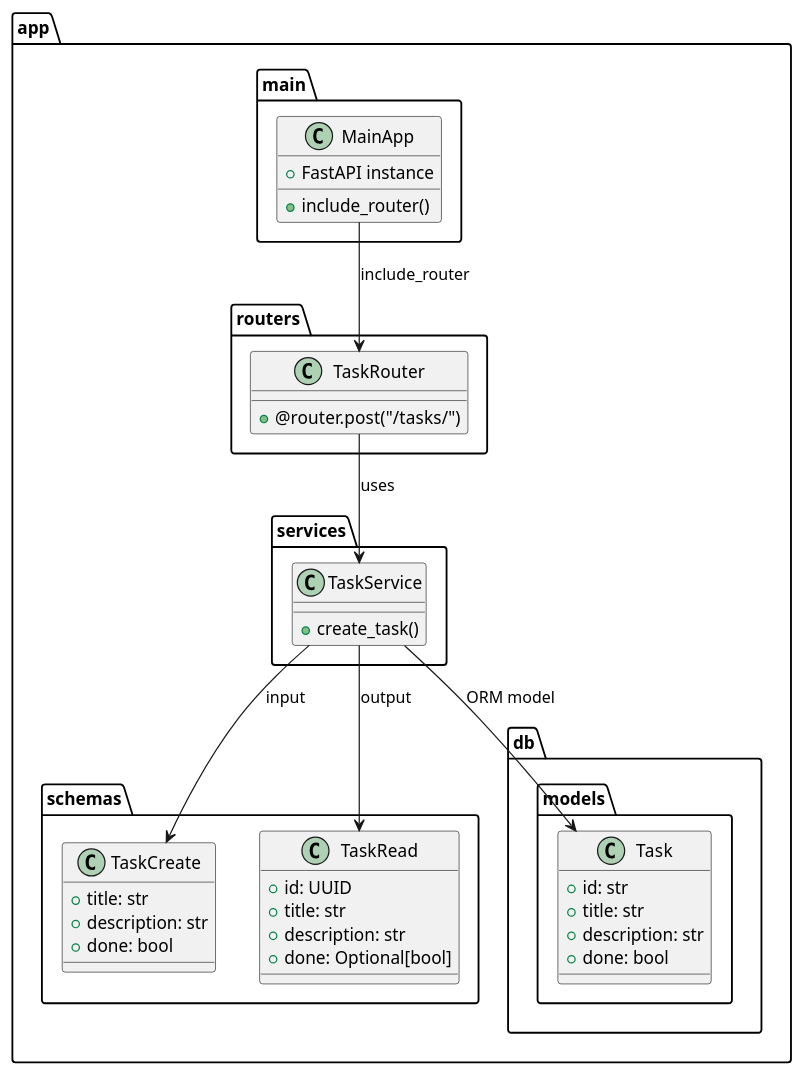
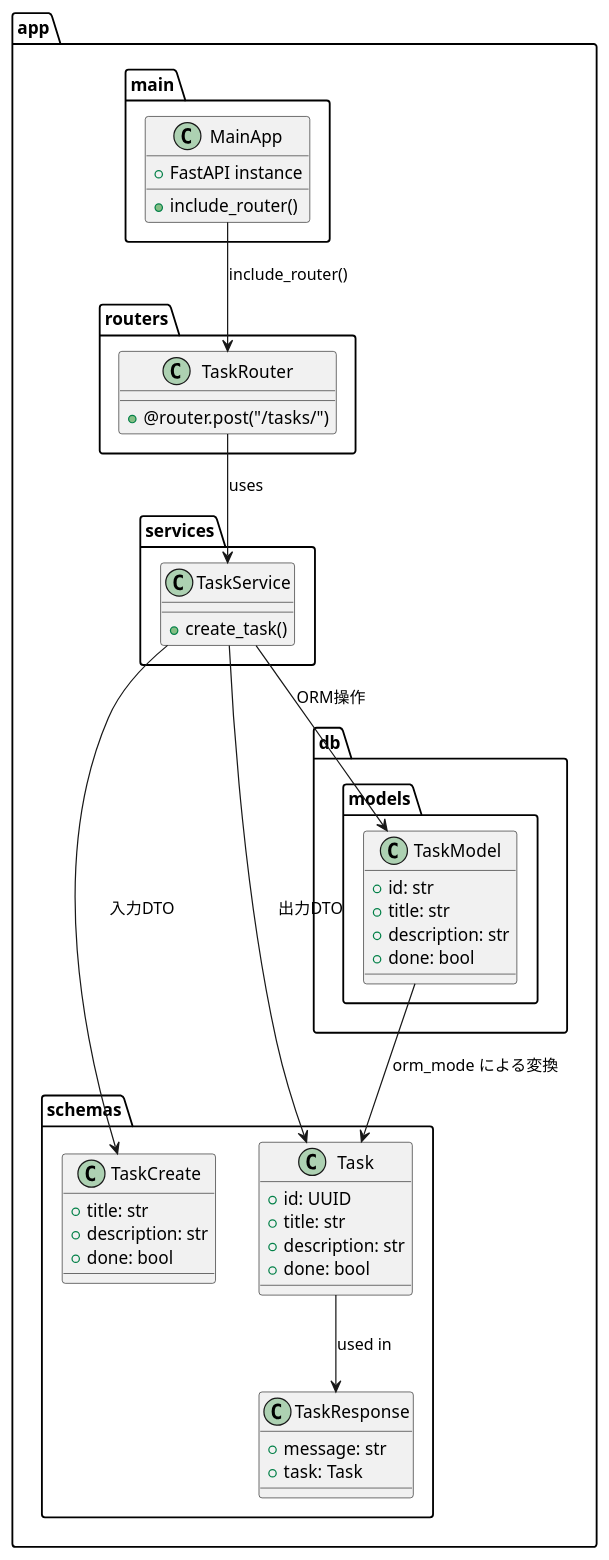
One commit to ShigeoYugawa/learning-task-tracker-fastapi-poc changed the diagram in docs/uml/class_task_service.puml. Above: the diagram before and after it, drawn with PlantUML.

Commit message:
chore: update uml diagram to reflect correct module dependencies

```diff
--- a/docs/uml/class_task_service.puml
+++ b/docs/uml/class_task_service.puml
@@ -1,55 +1,63 @@
 @startuml
 
 package app {
 
   package main {
     class MainApp {
       +FastAPI instance
       +include_router()
     }
   }
 
   package routers {
     class TaskRouter {
       +@router.post("/tasks/")
     }
   }
 
   package services {
     class TaskService {
       +create_task()
     }
   }
 
   package schemas {
     class TaskCreate {
       +title: str
       +description: str
       +done: bool
     }
 
-    class TaskRead {
+    class Task {
       +id: UUID
       +title: str
       +description: str
-      +done: Optional[bool]
+      +done: bool
+    }
+
+    class TaskResponse {
+      +message: str
+      +task: Task
     }
   }
 
   package db.models {
-    class Task {
+    class TaskModel {
       +id: str
       +title: str
       +description: str
       +done: bool
     }
   }
 }
 
-MainApp --> TaskRouter : include_router
+' 依存関係
+MainApp --> TaskRouter : include_router()
 TaskRouter --> TaskService : uses
-TaskService --> Task : ORM model
-TaskService --> TaskCreate : input
-TaskService --> TaskRead : output
+TaskService --> TaskModel : ORM操作
+TaskService --> TaskCreate : 入力DTO
+TaskService --> Task : 出力DTO
+Task --> TaskResponse : used in
+TaskModel --> Task : orm_mode による変換
 
 @enduml
```
